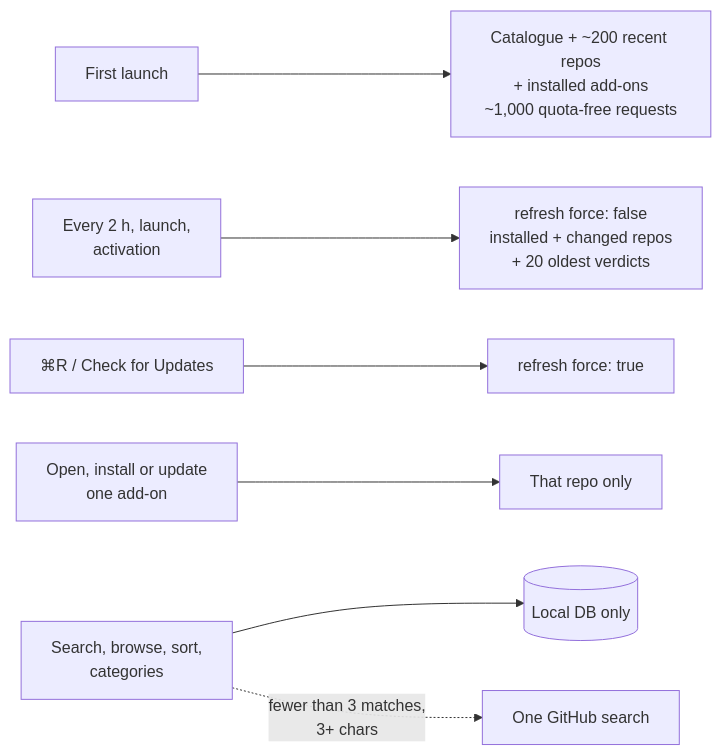
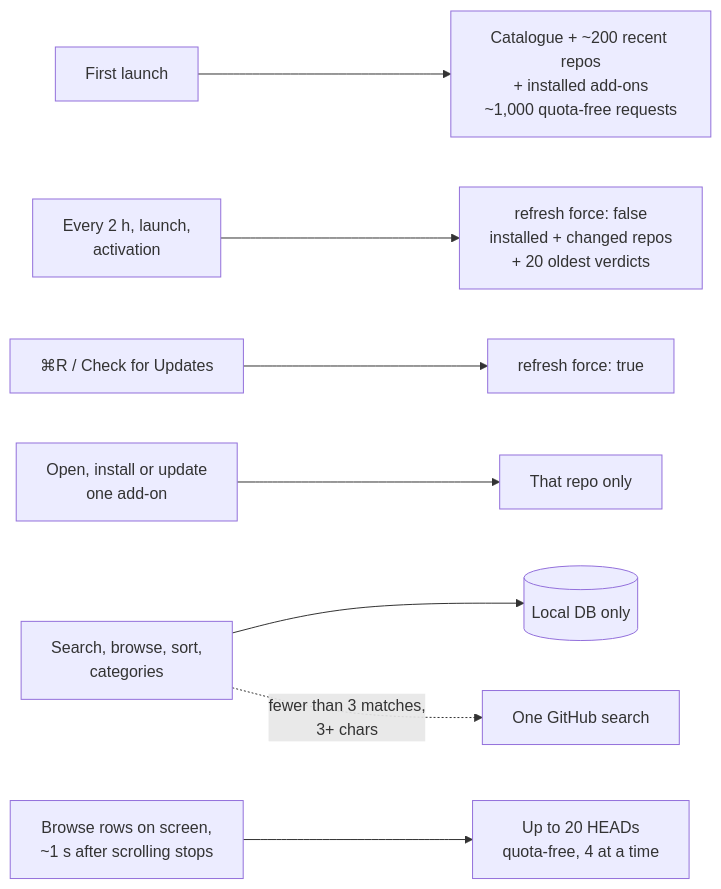
One commit to miotke/reload changed the diagram in docs/network/overview.md. Above: the diagram before and after it, drawn with Mermaid. The commit also changed other lines of this file and 27 other files, not shown here.

````diff
--- a/docs/network/overview.md
+++ b/docs/network/overview.md
@@ -9,9 +9,10 @@
 ```mermaid
 flowchart LR
     FL[First launch] --> Seed[Catalogue + ~200 recent repos<br/>+ installed add-ons<br/>~1,000 quota-free requests]
     T[Every 2 h, launch,<br/>activation] --> R[refresh force: false<br/>installed + changed repos<br/>+ 20 oldest verdicts]
     U[⌘R / Check for Updates] --> RF[refresh force: true]
     O[Open, install or update<br/>one add-on] --> One[That repo only]
     S[Search, browse, sort,<br/>categories] --> DB[(Local DB only)]
     S -. fewer than 3 matches,<br/>3+ chars .-> GHS[One GitHub search]
+    V[Browse rows on screen,<br/>~1 s after scrolling stops] --> VC[Up to 20 HEADs<br/>quota-free, 4 at a time]
 ```
````
